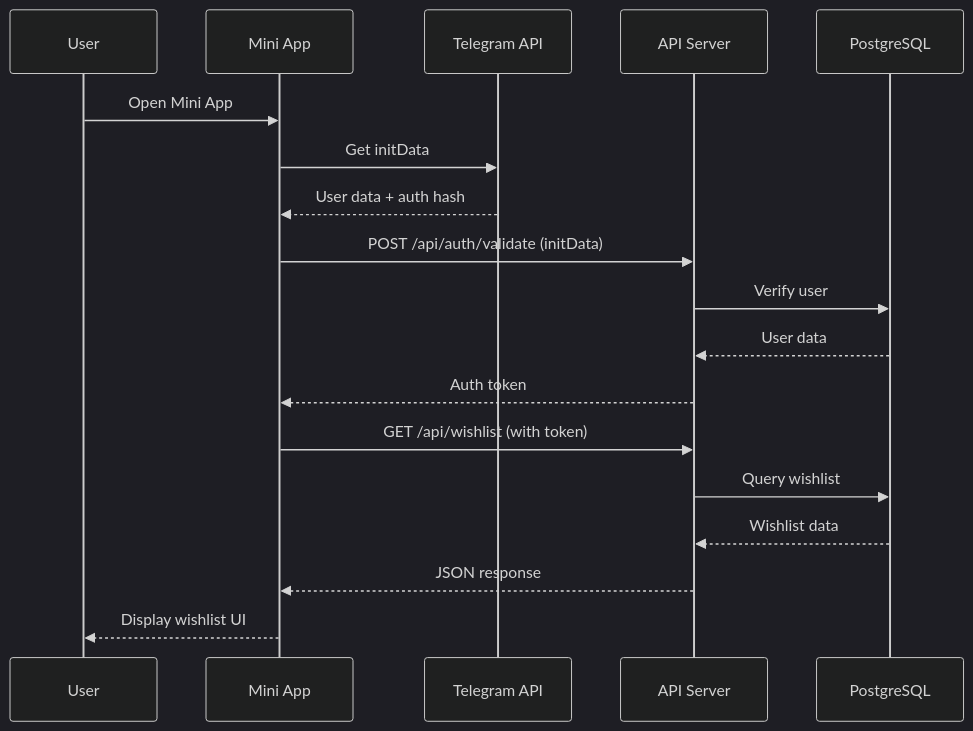
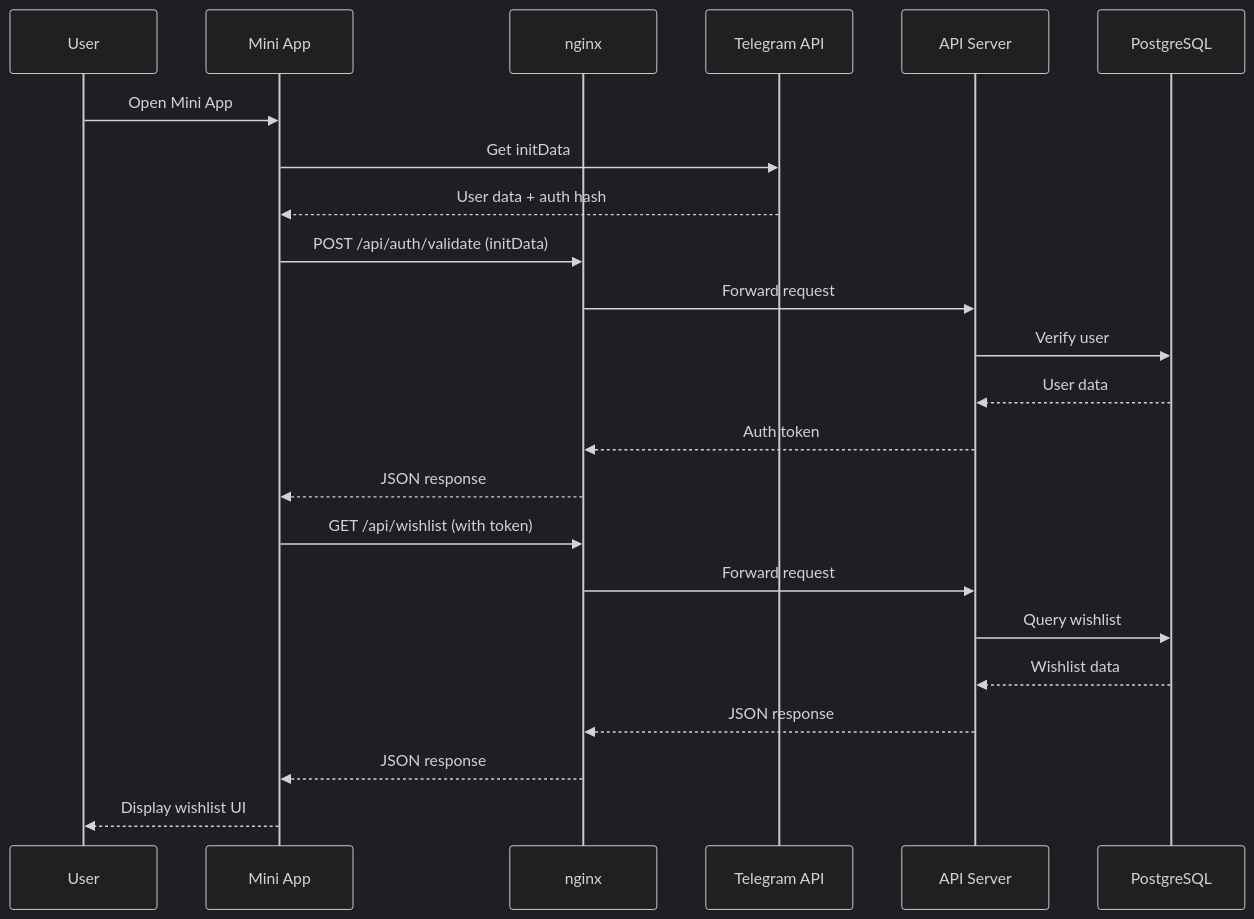
One commit to Zenderg/hookah-wishlist changed the third of 10 diagrams in plans/02-system-architecture.md. Above: the diagram before and after it, drawn with Mermaid (dark theme). The commit also changed other lines of this file and 17 other files, not shown here.

````diff
--- a/plans/02-system-architecture.md
+++ b/plans/02-system-architecture.md
@@ -230,21 +232,26 @@
 ```mermaid
 sequenceDiagram
     participant U as User
     participant MA as Mini App
+    participant NG as nginx
     participant TG as Telegram API
     participant API as API Server
     participant DB as PostgreSQL
     
     U->>MA: Open Mini App
     MA->>TG: Get initData
     TG-->>MA: User data + auth hash
-    MA->>API: POST /api/auth/validate (initData)
+    MA->>NG: POST /api/auth/validate (initData)
+    NG->>API: Forward request
     API->>DB: Verify user
     DB-->>API: User data
-    API-->>MA: Auth token
-    MA->>API: GET /api/wishlist (with token)
+    API-->>NG: Auth token
+    NG-->>MA: JSON response
+    MA->>NG: GET /api/wishlist (with token)
+    NG->>API: Forward request
     API->>DB: Query wishlist
     DB-->>API: Wishlist data
-    API-->>MA: JSON response
+    API-->>NG: JSON response
+    NG-->>MA: JSON response
     MA-->>U: Display wishlist UI
 ```
````
